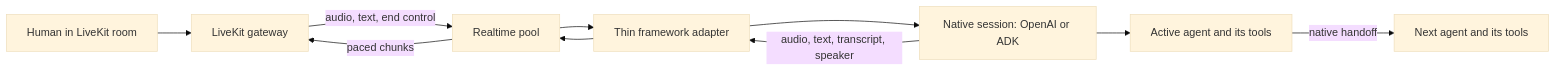
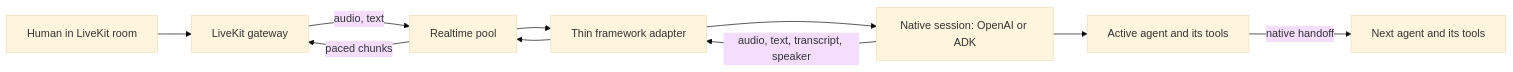
Before and after one commit to yaalalabs/agent-kernel: the diagram in docs/specs/810-native-realtime-agents/design.md, drawn with Mermaid (base theme). The commit also changed other lines of this file and 58 other files, not shown here.

````diff
--- a/docs/specs/810-native-realtime-agents/design.md
+++ b/docs/specs/810-native-realtime-agents/design.md
@@ -22,12 +17,12 @@
 ```mermaid
 flowchart LR
     H[Human in LiveKit room] --> E[LiveKit gateway]
-    E -- audio, text, end control --> P[Realtime pool]
+    E -- audio, text --> P[Realtime pool]
     P --> A[Thin framework adapter]
     A --> S[Native session: OpenAI or ADK]
     S --> T[Active agent and its tools]
     T -- native handoff --> N[Next agent and its tools]
     S -- audio, text, transcript, speaker --> A
     A --> P
     P -- paced chunks --> E
 ```
````
